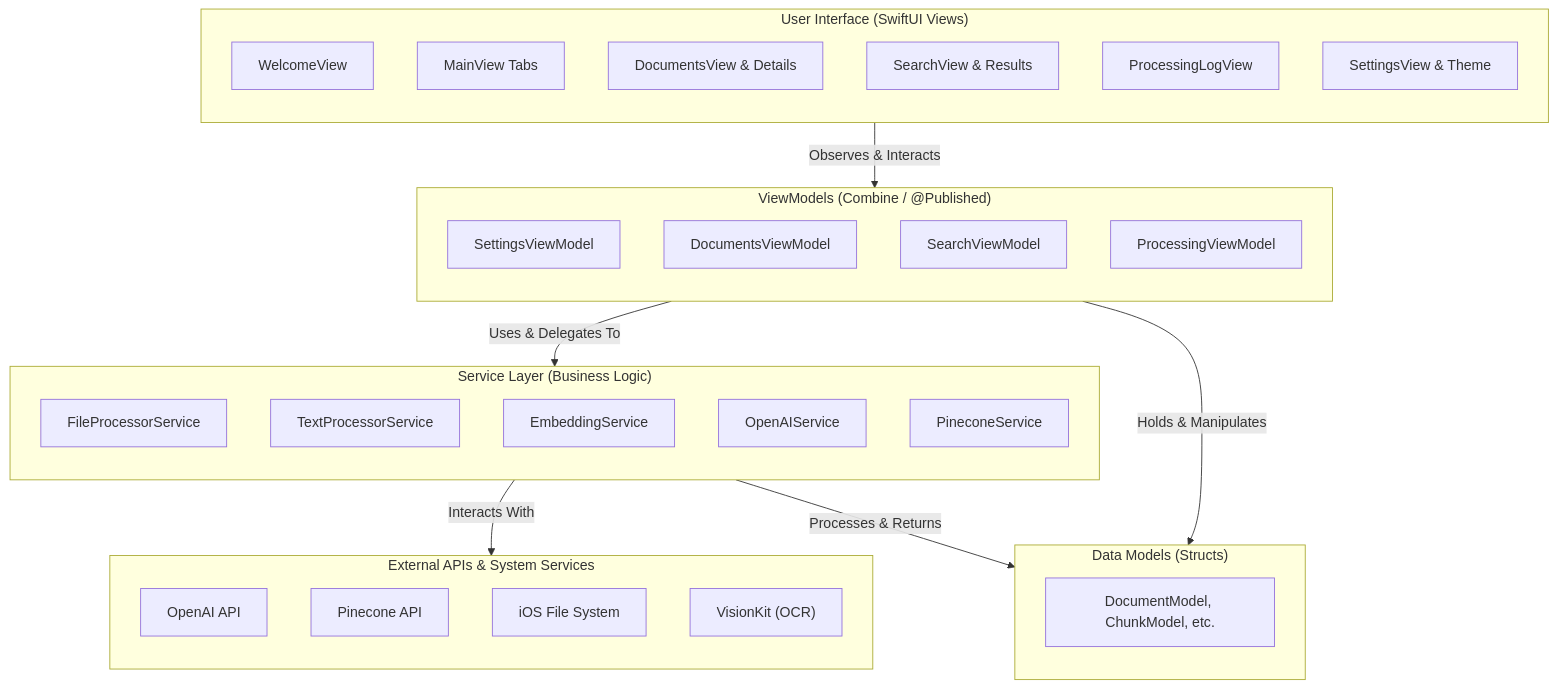
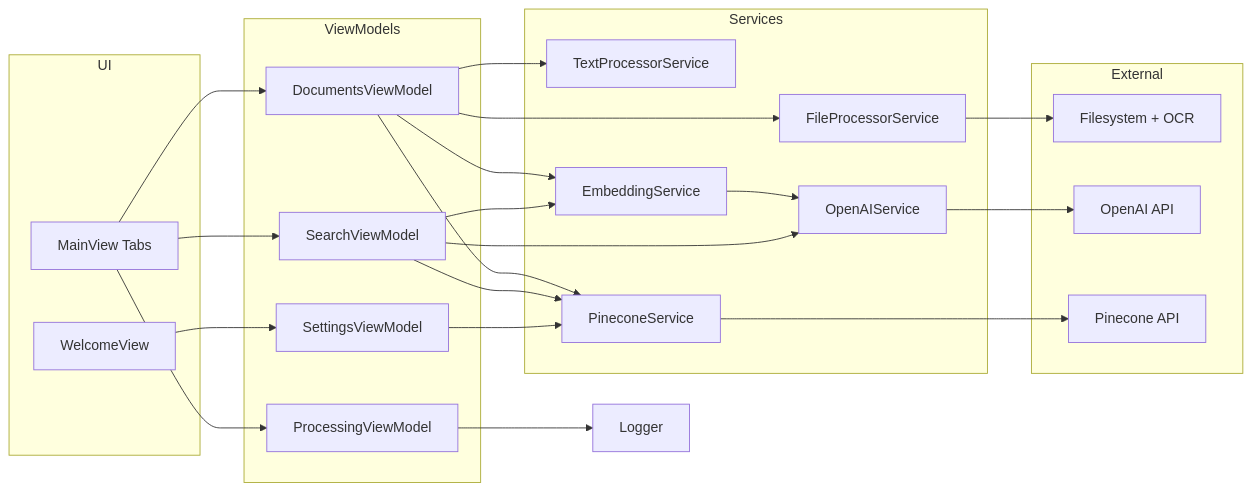
One commit to Gunnarguy/OpenCone changed the diagram in README.md. Above: the diagram before and after it, drawn with Mermaid. The commit also changed other lines of this file and 9 other files, not shown here.

````diff
--- a/README.md
+++ b/README.md
@@ -57,49 +61,39 @@
 ```mermaid
-graph TD
-    subgraph UserInterface ["User Interface (SwiftUI Views)"]
-        direction TB
-        WelcomeView_UI[WelcomeView]
-        MainView_UI[MainView Tabs]
-        DocumentsView_UI[DocumentsView & Details]
-        SearchView_UI[SearchView & Results]
-        ProcessingLogView_UI[ProcessingLogView]
-        SettingsView_UI[SettingsView & Theme]
+flowchart LR
+    subgraph UI
+        W[WelcomeView]
+        M[MainView Tabs]
+    end
+    subgraph ViewModels
+        SV[SettingsViewModel]
+        DV[DocumentsViewModel]
+        QV[SearchViewModel]
+        LV[ProcessingViewModel]
+    end
+    subgraph Services
+        FP[FileProcessorService]
+        TP[TextProcessorService]
+        ES[EmbeddingService]
+        OA[OpenAIService]
+        PC[PineconeService]
+    end
+    subgraph External
+        Files[Filesystem + OCR]
+        OpenAI[OpenAI API]
+        Pinecone[Pinecone API]
     end
 
-    subgraph ViewModels_Layer ["ViewModels (Combine / @Published)"]
-        direction TB
-        SettingsViewModel_VM[SettingsViewModel]
-        DocumentsViewModel_VM[DocumentsViewModel]
-        SearchViewModel_VM[SearchViewModel]
-        ProcessingViewModel_VM[ProcessingViewModel]
-    end
-
-    subgraph Services_Layer ["Service Layer (Business Logic)"]
-        direction TB
-        FileProcessorService_Svc[FileProcessorService]
-        TextProcessorService_Svc[TextProcessorService]
-        EmbeddingService_Svc[EmbeddingService]
-        OpenAIService_Svc[OpenAIService]
-        PineconeService_Svc[PineconeService]
-    end
-
-    subgraph Models_Layer ["Data Models (Structs)"]
-        direction TB
-        Models_Data["DocumentModel, ChunkModel, etc."]
-    end
-
-    subgraph External_Dependencies ["External APIs & System Services"]
-        direction TB
-        OpenAI_API_Ext["OpenAI API"]
-        Pinecone_API_Ext["Pinecone API"]
-        iOS_FileSystem_Ext["iOS File System"]
-        VisionKit_Ext["VisionKit (OCR)"]
-    end
-
-    %% Connections
-    UserInterface -- "Observes & Interacts" --> ViewModels_Layer
-    ViewModels_Layer -- "Uses & Delegates To" --> Services_Layer
-    ViewModels_Layer -- "Holds & Manipulates" --> Models_Layer
-    Services_Layer -- "Interacts With" --> External_Dependencies
-    Services_Layer -- "Processes & Returns" --> Models_Layer
+    W --> SV
+    M --> DV
+    M --> QV
+    M --> LV
+    DV --> FP --> Files
+    DV --> TP
+    DV --> ES --> OA --> OpenAI
+    DV --> PC --> Pinecone
+    QV --> ES
+    QV --> PC
+    QV --> OA
+    SV --> PC
+    LV --> Logger
 ```
````
